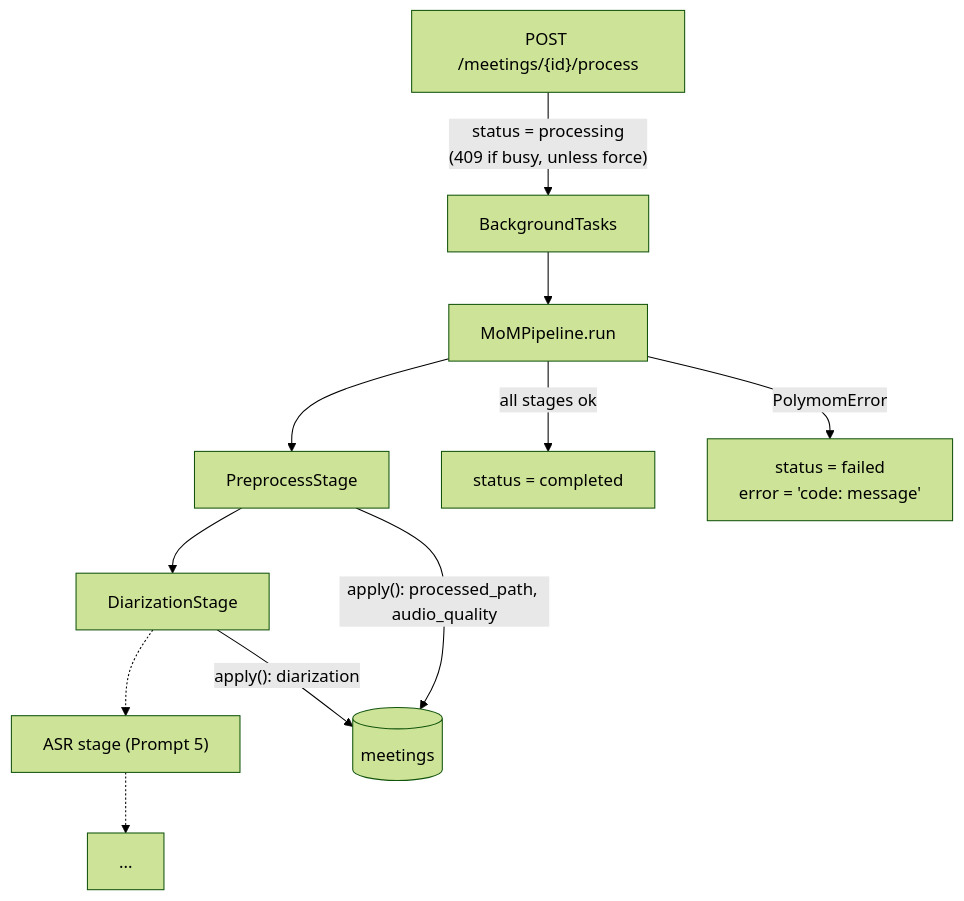
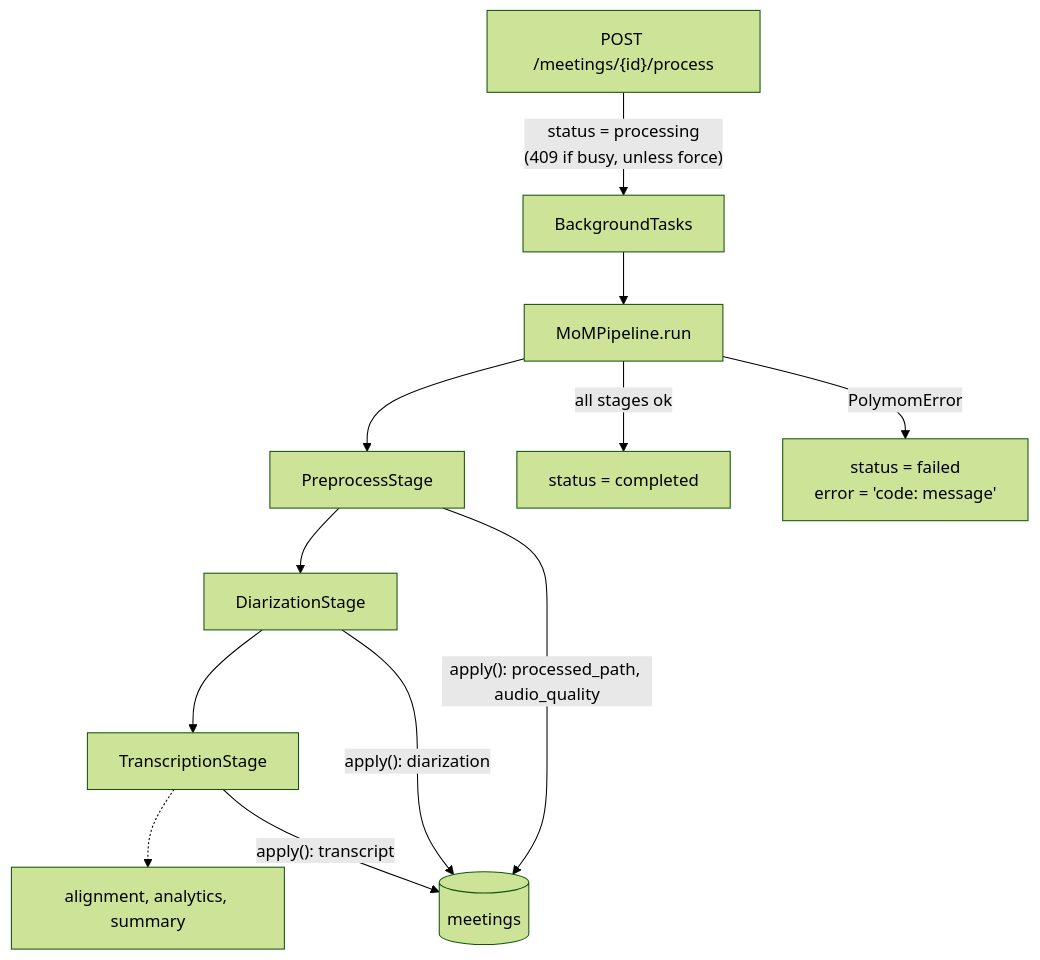
Before and after one commit to PrayasPanda/polymom: the second of 3 diagrams in README.md, drawn with Mermaid (forest theme). The commit also changed other lines of this file and 38 other files, not shown here.

````diff
--- a/README.md
+++ b/README.md
@@ -179,13 +182,14 @@
 ```mermaid
 flowchart TD
     API["POST /meetings/{id}/process"] -->|"status = processing<br/>(409 if busy, unless force)"| BG[BackgroundTasks]
     BG --> ORCH[MoMPipeline.run]
     ORCH --> S1[PreprocessStage]
     S1 --> S2[DiarizationStage]
-    S2 -.-> S3["ASR stage (Prompt 5)"]
-    S3 -.-> SN[...]
+    S2 --> S3[TranscriptionStage]
+    S3 -.-> SN["alignment, analytics, summary"]
     S1 -->|"apply(): processed_path, audio_quality"| DB[(meetings)]
     S2 -->|"apply(): diarization"| DB
+    S3 -->|"apply(): transcript"| DB
     ORCH -->|"all stages ok"| DONE[status = completed]
     ORCH -->|"PolymomError"| FAIL["status = failed<br/>error = 'code: message'"]
 ```
````
